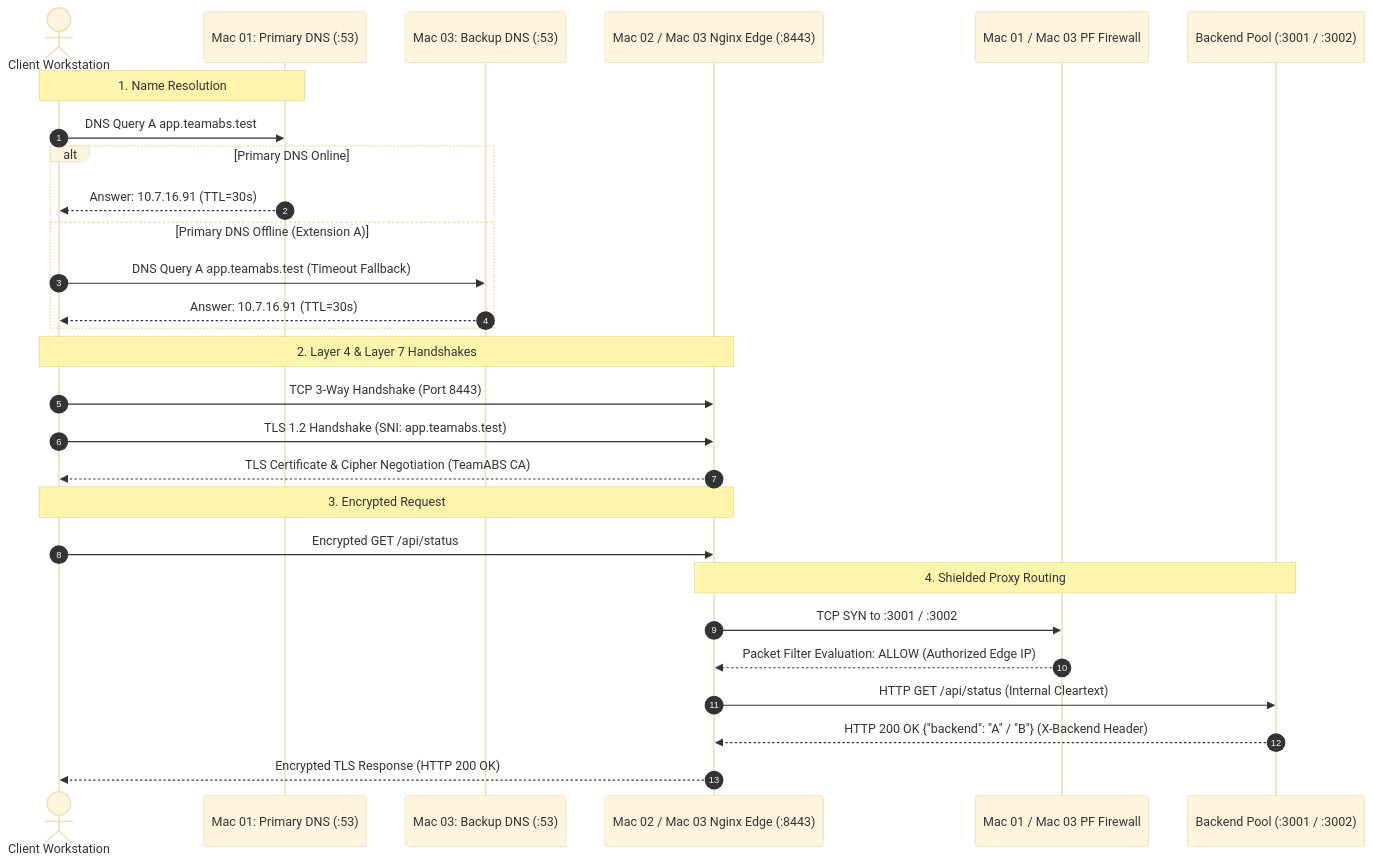
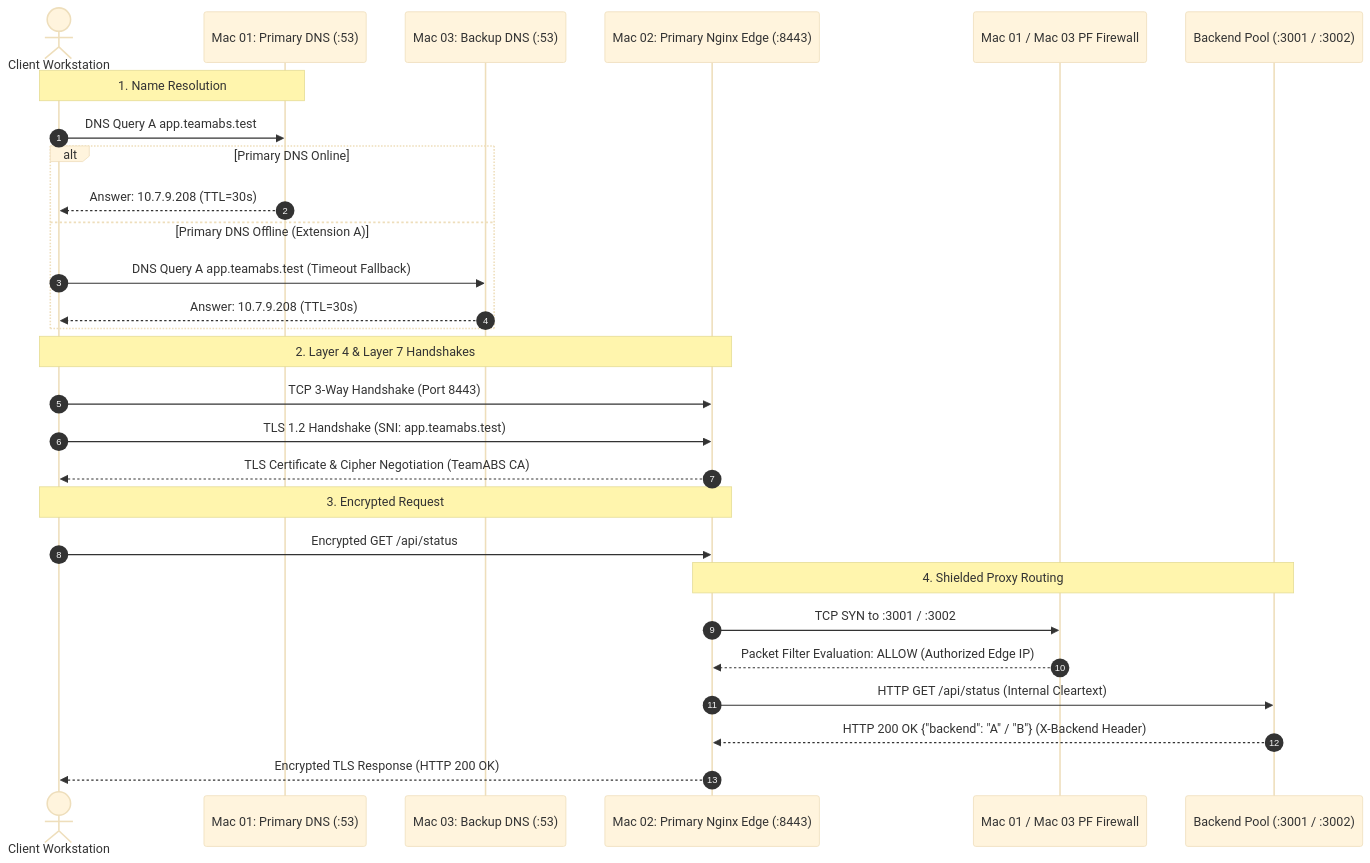
The diagram in 01_Architecture/README.md (Shubham-60/TeamABS), drawn with Mermaid (base theme) before and after one commit. The commit also changed other lines of this file and 12 other files, not shown here.

````diff
--- a/01_Architecture/README.md
+++ b/01_Architecture/README.md
@@ -60,34 +60,34 @@
 ```mermaid
 sequenceDiagram
     autonumber
     actor Client as Client Workstation
     participant PriDNS as Mac 01: Primary DNS (:53)
     participant BkpDNS as Mac 03: Backup DNS (:53)
-    participant Edge as Mac 02 / Mac 03 Nginx Edge (:8443)
+    participant Edge as Mac 02: Primary Nginx Edge (:8443)
     participant PF as Mac 01 / Mac 03 PF Firewall
     participant Backend as Backend Pool (:3001 / :3002)
 
     Note over Client,PriDNS: 1. Name Resolution
     Client->>PriDNS: DNS Query A app.teamabs.test
     alt Primary DNS Online
-        PriDNS-->>Client: Answer: 10.7.16.91 (TTL=30s)
+        PriDNS-->>Client: Answer: 10.7.9.208 (TTL=30s)
     else Primary DNS Offline (Extension A)
         Client->>BkpDNS: DNS Query A app.teamabs.test (Timeout Fallback)
-        BkpDNS-->>Client: Answer: 10.7.16.91 (TTL=30s)
+        BkpDNS-->>Client: Answer: 10.7.9.208 (TTL=30s)
     end
 
     Note over Client,Edge: 2. Layer 4 & Layer 7 Handshakes
     Client->>Edge: TCP 3-Way Handshake (Port 8443)
     Client->>Edge: TLS 1.2 Handshake (SNI: app.teamabs.test)
     Edge-->>Client: TLS Certificate & Cipher Negotiation (TeamABS CA)
 
     Note over Client,Edge: 3. Encrypted Request
     Client->>Edge: Encrypted GET /api/status
 
     Note over Edge,Backend: 4. Shielded Proxy Routing
     Edge->>PF: TCP SYN to :3001 / :3002
     PF-->>Edge: Packet Filter Evaluation: ALLOW (Authorized Edge IP)
     Edge->>Backend: HTTP GET /api/status (Internal Cleartext)
     Backend-->>Edge: HTTP 200 OK {"backend": "A" / "B"} (X-Backend Header)
     Edge-->>Client: Encrypted TLS Response (HTTP 200 OK)
 ```
````
